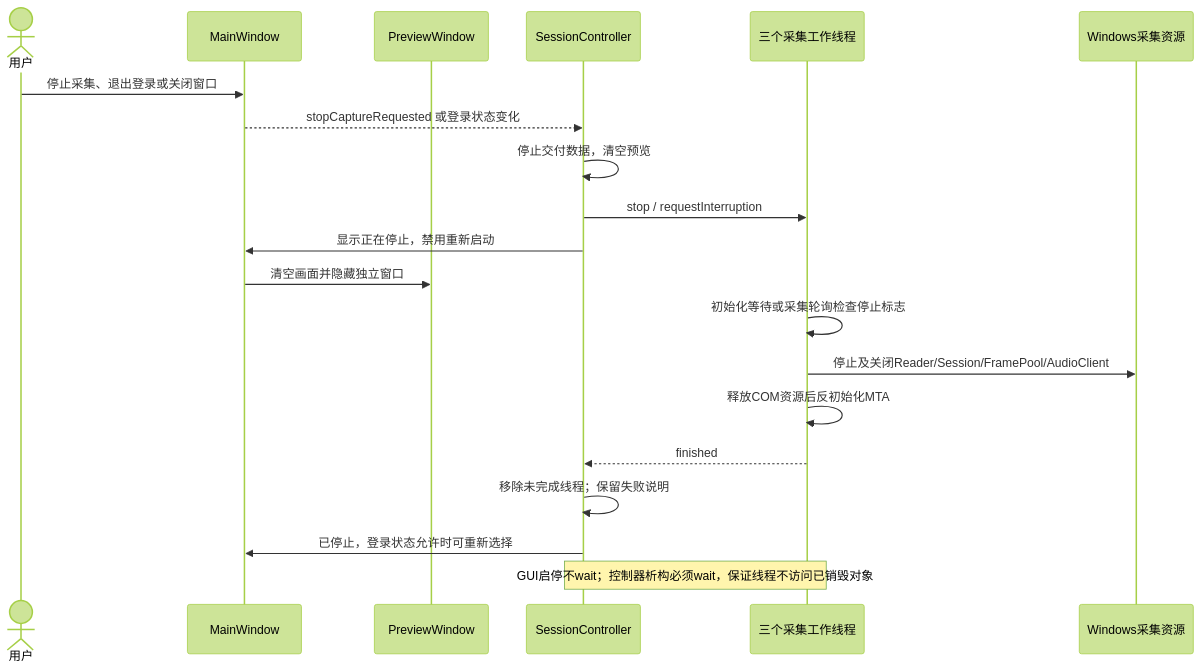
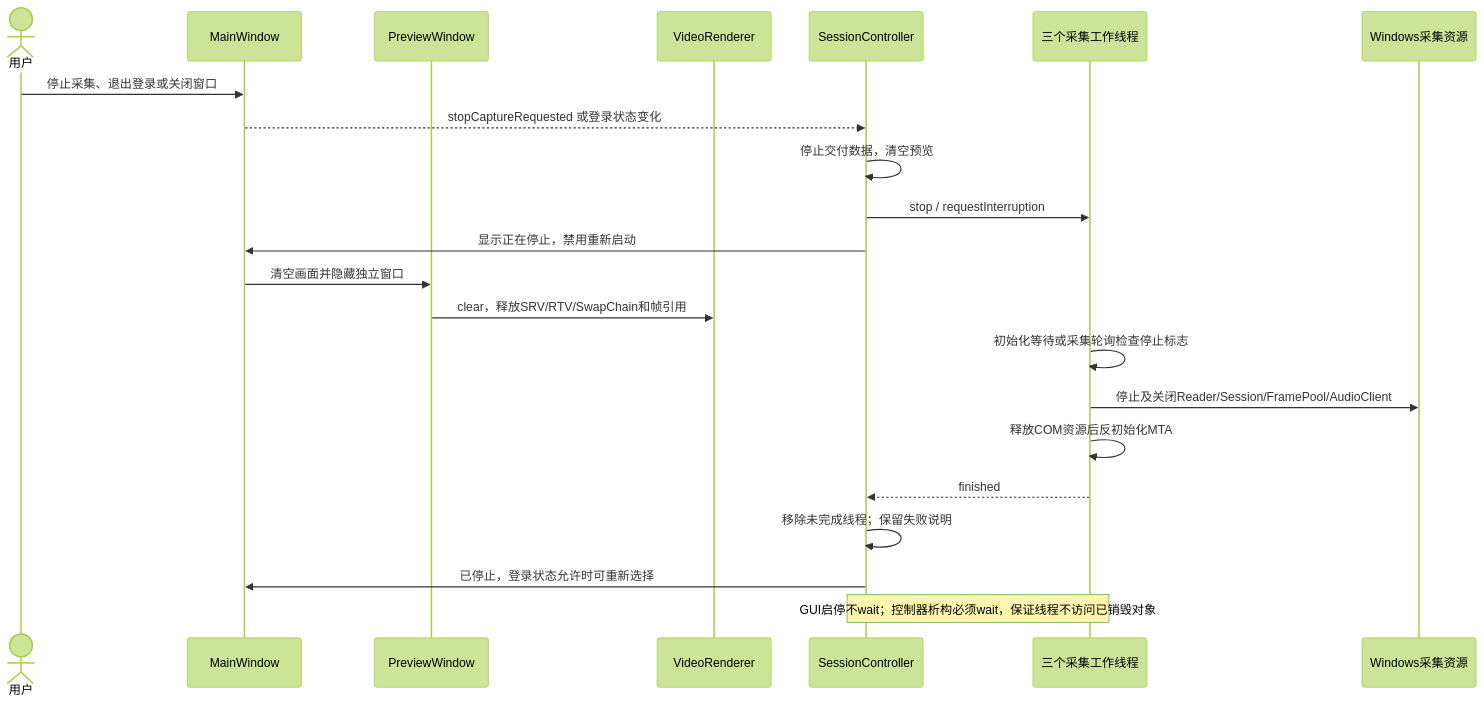
The diagram in docs/uml/capture-stop.mmd (kingsman-svg/OBS), drawn with Mermaid (forest theme) before and after one commit. The commit also changed 59 other files, not shown here.

```diff
--- a/docs/uml/capture-stop.mmd
+++ b/docs/uml/capture-stop.mmd
@@ -1,20 +1,22 @@
 sequenceDiagram
 actor U as 用户
 participant V as MainWindow
 participant P as PreviewWindow
+participant R as VideoRenderer
 participant C as SessionController
 participant W as 三个采集工作线程
 participant S as Windows采集资源
 U->>V: 停止采集、退出登录或关闭窗口
 V-->>C: stopCaptureRequested 或登录状态变化
 C->>C: 停止交付数据，清空预览
 C->>W: stop / requestInterruption
 C->>V: 显示正在停止，禁用重新启动
 V->>P: 清空画面并隐藏独立窗口
+P->>R: clear，释放SRV/RTV/SwapChain和帧引用
 W->>W: 初始化等待或采集轮询检查停止标志
 W->>S: 停止及关闭Reader/Session/FramePool/AudioClient
 W->>W: 释放COM资源后反初始化MTA
 W-->>C: finished
 C->>C: 移除未完成线程；保留失败说明
 C->>V: 已停止，登录状态允许时可重新选择
 Note over C,W: GUI启停不wait；控制器析构必须wait，保证线程不访问已销毁对象
```
